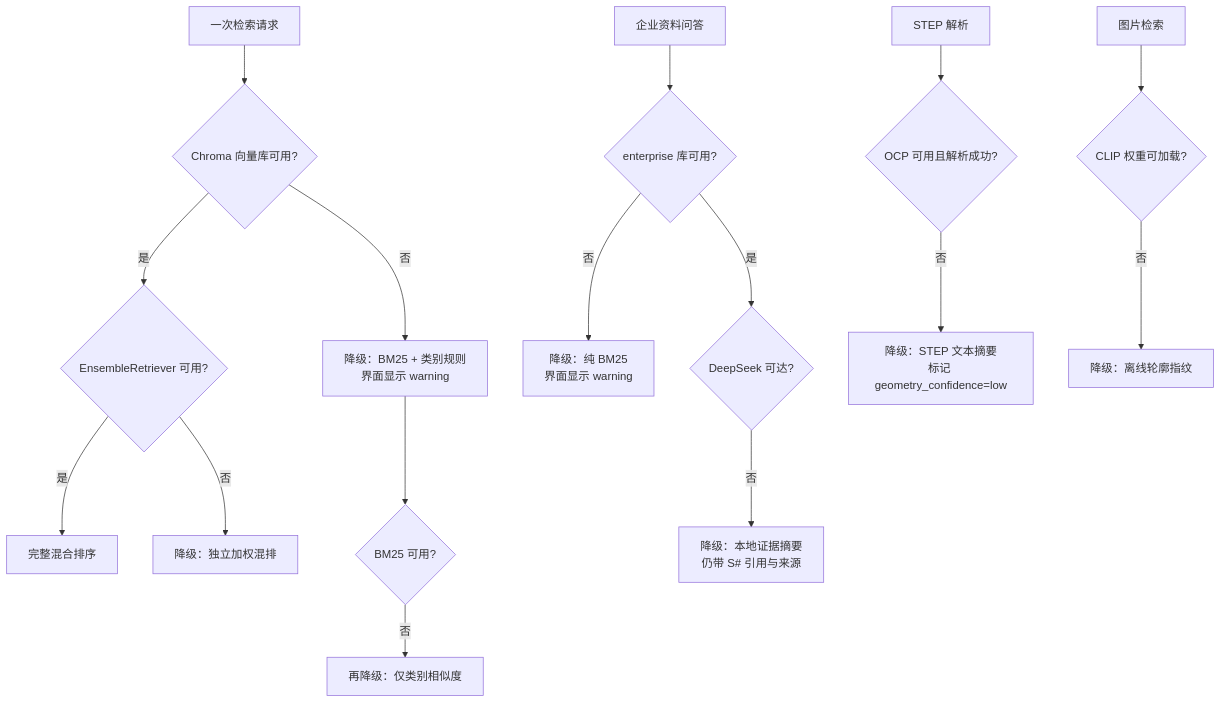
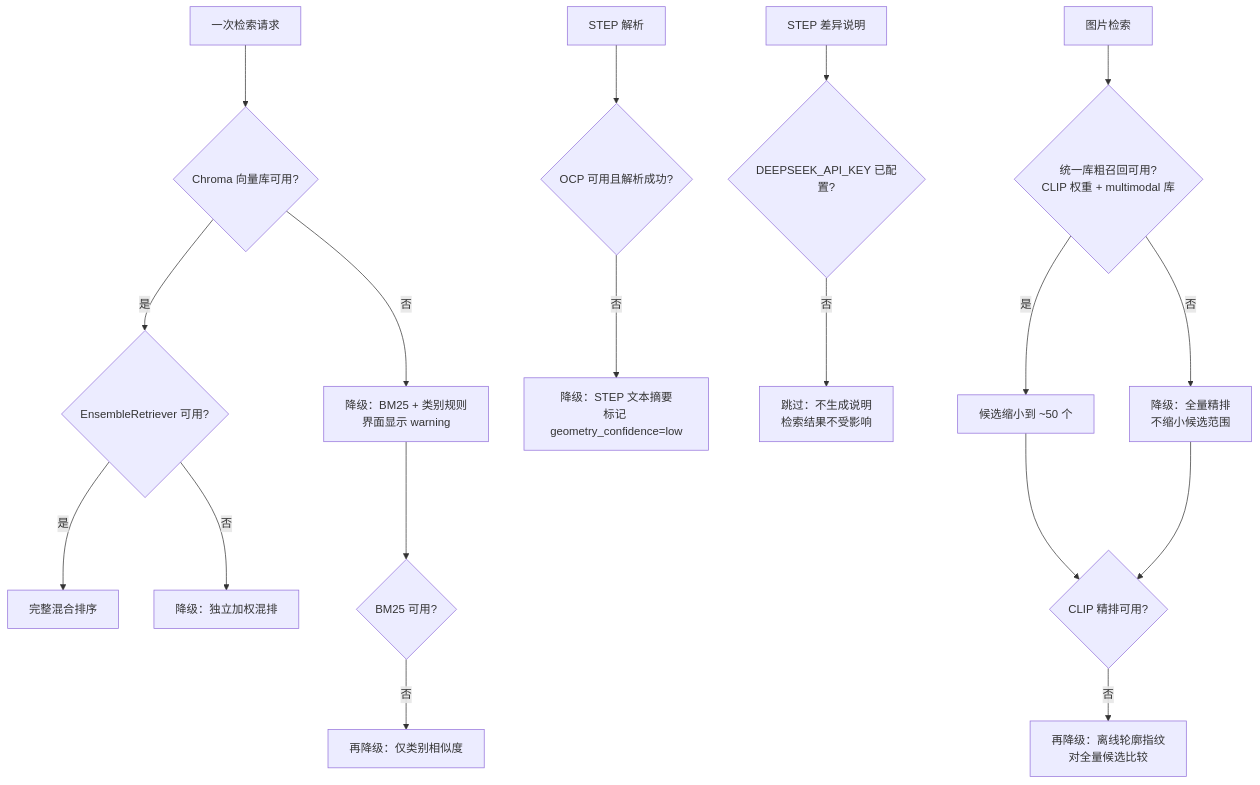
One commit to Wwz123Abc/machining_unified_ai changed the second of 3 diagrams in CLAUDE.md. Above: the diagram before and after it, drawn with Mermaid. The commit also changed other lines of this file and 29 other files, not shown here.

First line of the commit message:
上线前收尾：企业问答移除、图号快速通道、断崖截断、双层磁盘缓存、数据状态面板

````diff
--- a/CLAUDE.md
+++ b/CLAUDE.md
@@ -99,21 +96,23 @@
 ```mermaid
 flowchart TD
     Q[一次检索请求] --> V{Chroma 向量库可用?}
     V -->|是| E{EnsembleRetriever 可用?}
     V -->|否| BM[降级：BM25 + 类别规则<br/>界面显示 warning]
     E -->|是| FULL[完整混合排序]
     E -->|否| IND[降级：独立加权混排]
     BM --> B2{BM25 可用?}
     B2 -->|否| FAM[再降级：仅类别相似度]
 
-    A[企业资料问答] --> VE{enterprise 库可用?}
-    VE -->|否| LEX[降级：纯 BM25<br/>界面显示 warning]
-    VE -->|是| GEN{DeepSeek 可达?}
-    GEN -->|否| SUM[降级：本地证据摘要<br/>仍带 S# 引用与来源]
-
     S[STEP 解析] --> OCP{OCP 可用且解析成功?}
     OCP -->|否| TXT[降级：STEP 文本摘要<br/>标记 geometry_confidence=low]
 
-    I[图片检索] --> CLIP{CLIP 权重可加载?}
-    CLIP -->|否| FP[降级：离线轮廓指纹]
+    D[STEP 差异说明] --> DKEY{DEEPSEEK_API_KEY 已配置?}
+    DKEY -->|否| SKIP[跳过：不生成说明<br/>检索结果不受影响]
+
+    I[图片检索] --> COARSE{统一库粗召回可用?<br/>CLIP 权重 + multimodal 库}
+    COARSE -->|否| FULLSCAN[降级：全量精排<br/>不缩小候选范围]
+    COARSE -->|是| NARROW[候选缩小到 ~50 个]
+    NARROW --> FINE{CLIP 精排可用?}
+    FULLSCAN --> FINE
+    FINE -->|否| FP[再降级：离线轮廓指纹<br/>对全量候选比较]
 ```
````
